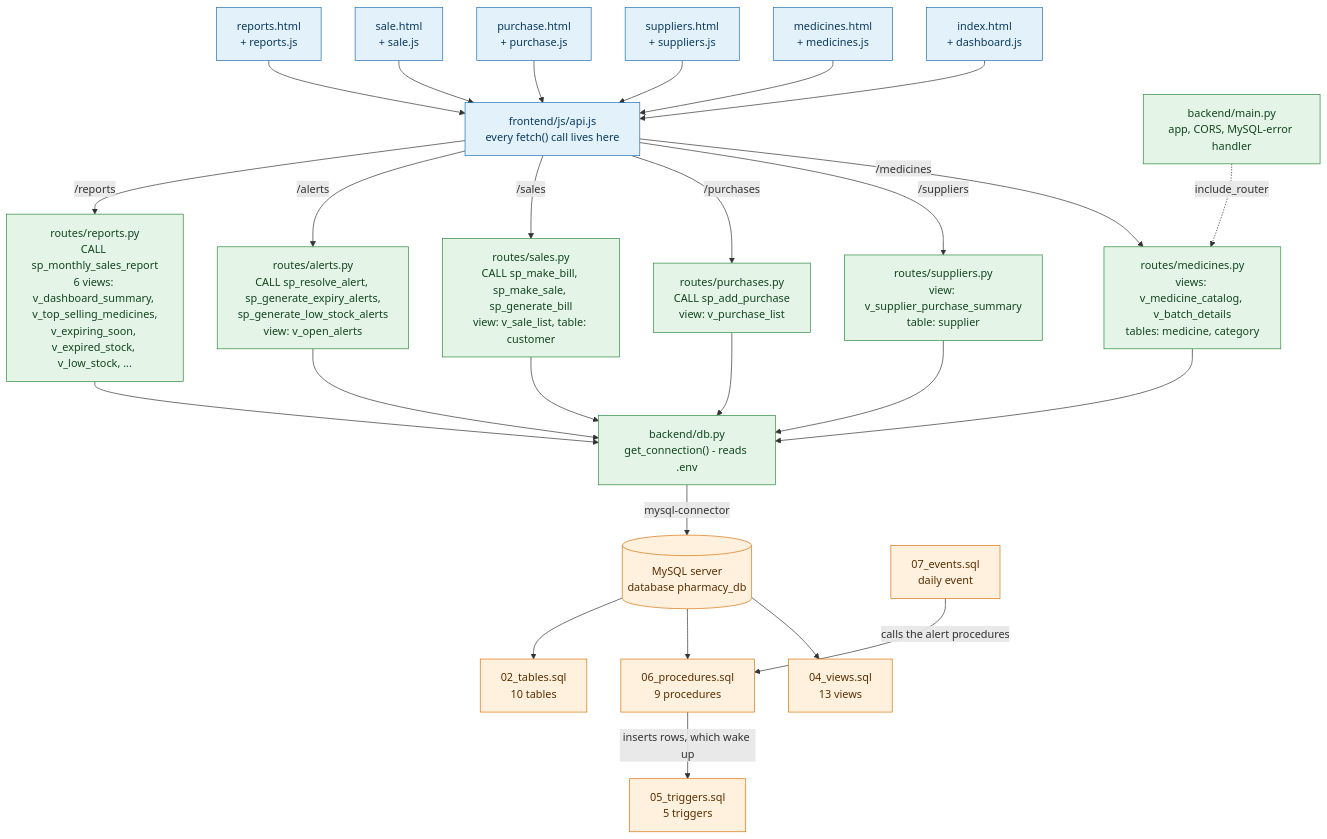
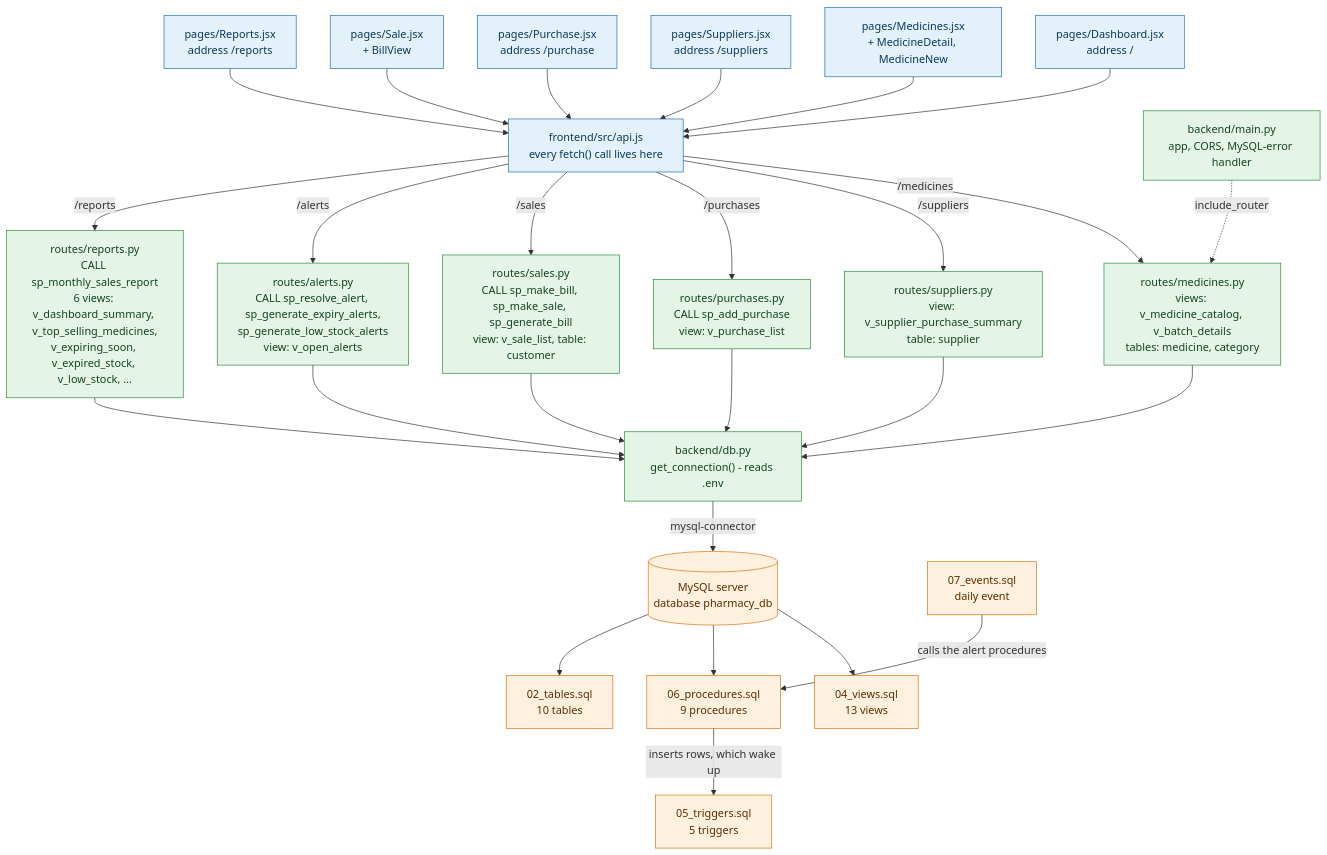
The second of 2 diagrams in docs/file_connections.md (Sayan59das/Pharmacy-Inventory-Expiry-Management-System), drawn with Mermaid before and after one commit. The commit also changed other lines of this file and 62 other files, not shown here.

````diff
--- a/docs/file_connections.md
+++ b/docs/file_connections.md
@@ -71,65 +71,65 @@
 ```mermaid
 flowchart TD
-    H1["index.html<br/>+ dashboard.js"]
-    H2["medicines.html<br/>+ medicines.js"]
-    H3["suppliers.html<br/>+ suppliers.js"]
-    H4["purchase.html<br/>+ purchase.js"]
-    H5["sale.html<br/>+ sale.js"]
-    H6["reports.html<br/>+ reports.js"]
+    H1["pages/Dashboard.jsx<br/>address /"]
+    H2["pages/Medicines.jsx<br/>+ MedicineDetail, MedicineNew"]
+    H3["pages/Suppliers.jsx<br/>address /suppliers"]
+    H4["pages/Purchase.jsx<br/>address /purchase"]
+    H5["pages/Sale.jsx<br/>+ BillView"]
+    H6["pages/Reports.jsx<br/>address /reports"]
 
-    API["frontend/js/api.js<br/>every fetch() call lives here"]
+    API["frontend/src/api.js<br/>every fetch() call lives here"]
 
     MAIN["backend/main.py<br/>app, CORS, MySQL-error handler"]
 
     R1["routes/medicines.py<br/>views: v_medicine_catalog, v_batch_details<br/>tables: medicine, category"]
     R2["routes/suppliers.py<br/>view: v_supplier_purchase_summary<br/>table: supplier"]
     R3["routes/purchases.py<br/>CALL sp_add_purchase<br/>view: v_purchase_list"]
     R4["routes/sales.py<br/>CALL sp_make_bill, sp_make_sale, sp_generate_bill<br/>view: v_sale_list, table: customer"]
     R5["routes/alerts.py<br/>CALL sp_resolve_alert, sp_generate_expiry_alerts,<br/>sp_generate_low_stock_alerts<br/>view: v_open_alerts"]
     R6["routes/reports.py<br/>CALL sp_monthly_sales_report<br/>6 views: v_dashboard_summary, v_top_selling_medicines,<br/>v_expiring_soon, v_expired_stock, v_low_stock, ..."]
 
     DBPY["backend/db.py<br/>get_connection() - reads .env"]
     MYSQL[("MySQL server<br/>database pharmacy_db")]
 
     VW["04_views.sql<br/>13 views"]
     PR["06_procedures.sql<br/>9 procedures"]
     TAB["02_tables.sql<br/>10 tables"]
     TR["05_triggers.sql<br/>5 triggers"]
     EV["07_events.sql<br/>daily event"]
 
     H1 --> API
     H2 --> API
     H3 --> API
     H4 --> API
     H5 --> API
     H6 --> API
 
     API -->|"/medicines"| R1
     API -->|"/suppliers"| R2
     API -->|"/purchases"| R3
     API -->|"/sales"| R4
     API -->|"/alerts"| R5
     API -->|"/reports"| R6
     MAIN -.->|include_router| R1
 
     R1 --> DBPY
     R2 --> DBPY
     R3 --> DBPY
     R4 --> DBPY
     R5 --> DBPY
     R6 --> DBPY
 
     DBPY -->|mysql-connector| MYSQL
     MYSQL --> VW
     MYSQL --> PR
     MYSQL --> TAB
     PR -->|"inserts rows, which wake up"| TR
     EV -->|"calls the alert procedures"| PR
 
     classDef fe fill:#e3f1fb,stroke:#1f6fb2,color:#0b3a5e;
     classDef be fill:#e4f5e8,stroke:#2b8a3e,color:#14451f;
     classDef db fill:#fff1de,stroke:#d9730d,color:#5c2e00;
     class H1,H2,H3,H4,H5,H6,API fe;
     class MAIN,R1,R2,R3,R4,R5,R6,DBPY be;
     class MYSQL,VW,PR,TAB,TR,EV db;
 ```
````
